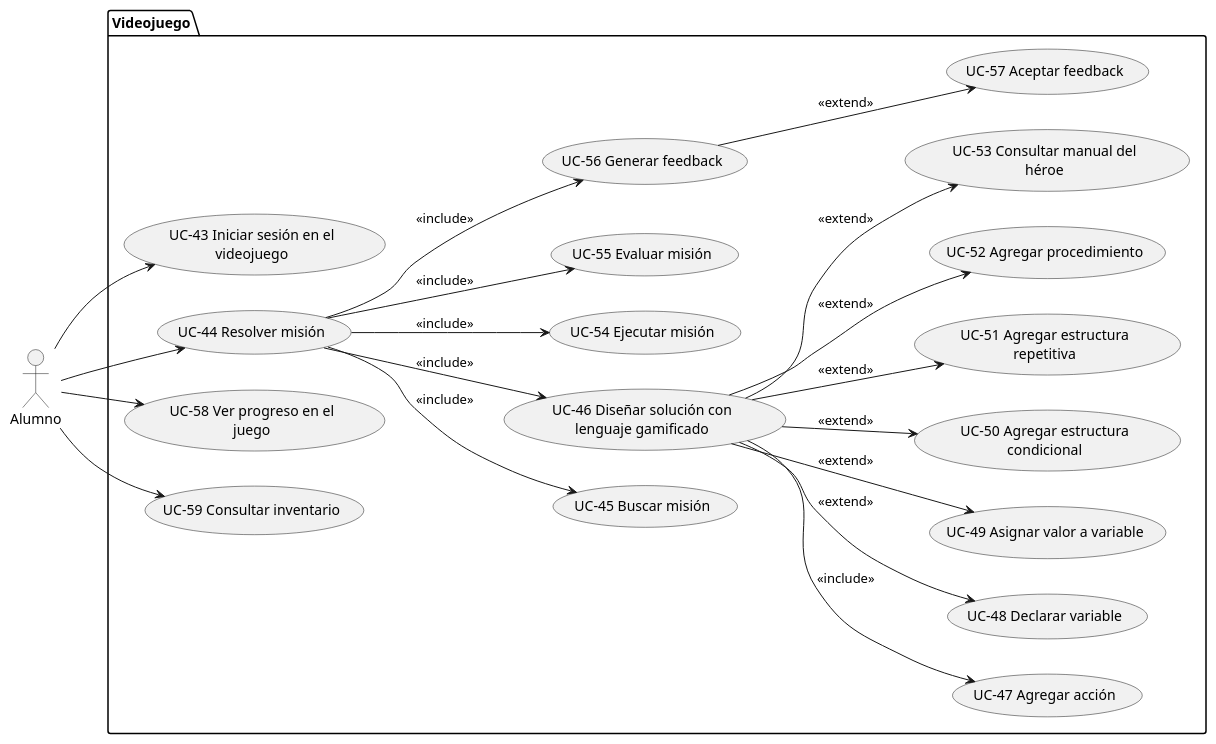
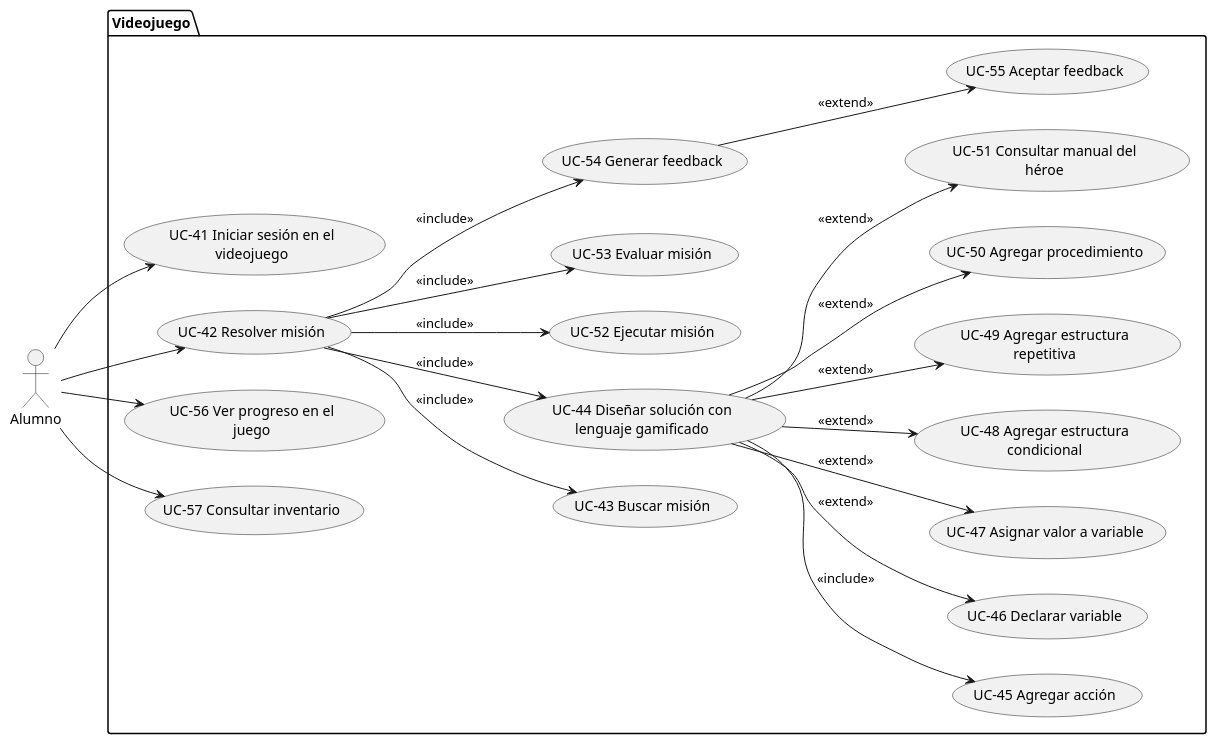
One commit to francoalbornoz2002/ASC-ProyectoAlgoritmia-TrabajoFinal changed the diagram in docs/diagramas/diagrama-casos-uso-videojuego.puml. Above: the diagram before and after it, drawn with PlantUML. The commit also changed 2 other files, not shown here.

Commit message:
Corrigiendo numeración en DCU videojuego. Agregando DCU de la parte web.

```diff
--- a/docs/diagramas/diagrama-casos-uso-videojuego.puml
+++ b/docs/diagramas/diagrama-casos-uso-videojuego.puml
@@ -1,51 +1,51 @@
 @startuml Videojuego_CU
 left to right direction
 
 skinparam usecasePadding 15
 skinparam actorPadding 15
 skinparam wrapWidth 200
 
 actor Alumno
 
 package "Videojuego" {
-  usecase "UC-43 Iniciar sesión en el videojuego" as UC43
-  usecase "UC-44 Resolver misión" as UC44
-  usecase "UC-45 Buscar misión" as UC45
-  usecase "UC-46 Diseñar solución con lenguaje gamificado" as UC46
-  usecase "UC-47 Agregar acción" as UC47
-  usecase "UC-48 Declarar variable" as UC48
-  usecase "UC-49 Asignar valor a variable" as UC49
-  usecase "UC-50 Agregar estructura condicional" as UC50
-  usecase "UC-51 Agregar estructura repetitiva" as UC51
-  usecase "UC-52 Agregar procedimiento" as UC52
-  usecase "UC-53 Consultar manual del héroe" as UC53
-  usecase "UC-54 Ejecutar misión" as UC54
-  usecase "UC-55 Evaluar misión" as UC55
-  usecase "UC-56 Generar feedback" as UC56
-  usecase "UC-57 Aceptar feedback" as UC57
-  usecase "UC-58 Ver progreso en el juego" as UC58
-  usecase "UC-59 Consultar inventario" as UC59
+  usecase "UC-41 Iniciar sesión en el videojuego" as UC41
+  usecase "UC-42 Resolver misión" as UC42
+  usecase "UC-43 Buscar misión" as UC43
+  usecase "UC-44 Diseñar solución con lenguaje gamificado" as UC44
+  usecase "UC-45 Agregar acción" as UC45
+  usecase "UC-46 Declarar variable" as UC46
+  usecase "UC-47 Asignar valor a variable" as UC47
+  usecase "UC-48 Agregar estructura condicional" as UC48
+  usecase "UC-49 Agregar estructura repetitiva" as UC49
+  usecase "UC-50 Agregar procedimiento" as UC50
+  usecase "UC-51 Consultar manual del héroe" as UC51
+  usecase "UC-52 Ejecutar misión" as UC52
+  usecase "UC-53 Evaluar misión" as UC53
+  usecase "UC-54 Generar feedback" as UC54
+  usecase "UC-55 Aceptar feedback" as UC55
+  usecase "UC-56 Ver progreso en el juego" as UC56
+  usecase "UC-57 Consultar inventario" as UC57
 
-  Alumno --> UC43
-  Alumno --> UC44
-  Alumno --> UC58
-  Alumno --> UC59
+  Alumno --> UC41
+  Alumno --> UC42
+  Alumno --> UC56
+  Alumno --> UC57
+
+  UC42 --> UC43 : <<include>>
+  UC42 --> UC44 : <<include>>
+  UC42 --> UC52 : <<include>>
+  UC42 --> UC53 : <<include>>
+  UC42 --> UC54 : <<include>>
 
   UC44 --> UC45 : <<include>>
-  UC44 --> UC46 : <<include>>
-  UC44 --> UC54 : <<include>>
-  UC44 --> UC55 : <<include>>
-  UC44 --> UC56 : <<include>>
+  UC44 --> UC46 : <<extend>>
+  UC44 --> UC47 : <<extend>>
+  UC44 --> UC48 : <<extend>>
+  UC44 --> UC49 : <<extend>>
+  UC44 --> UC50 : <<extend>>
+  UC44 --> UC51 : <<extend>>
 
-  UC46 --> UC47 : <<include>>
-  UC46 --> UC48 : <<extend>>
-  UC46 --> UC49 : <<extend>>
-  UC46 --> UC50 : <<extend>>
-  UC46 --> UC51 : <<extend>>
-  UC46 --> UC52 : <<extend>>
-  UC46 --> UC53 : <<extend>>
-
-  UC56 --> UC57 : <<extend>>
+  UC54 --> UC55 : <<extend>>
 }
 
 @enduml
```
